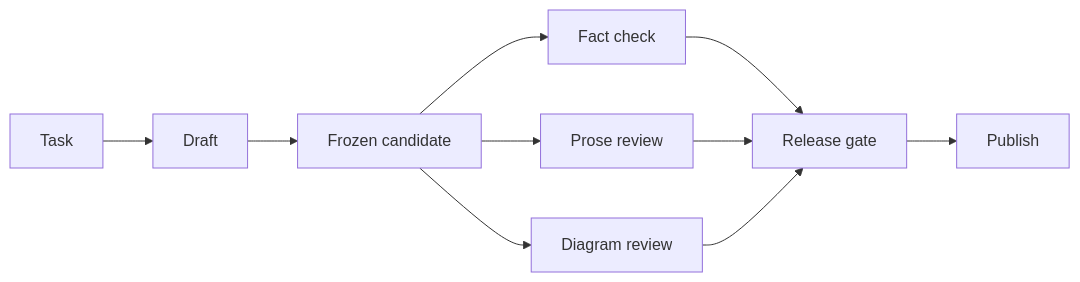
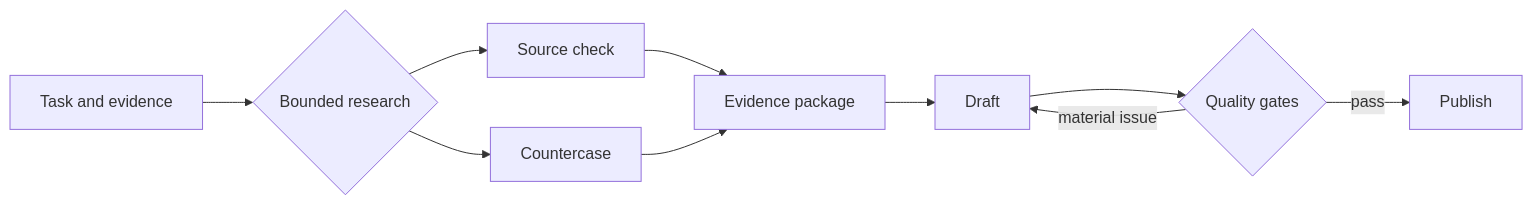
Before and after one commit to Herbertcuba/herbertcuba-personal-blog: the second of 2 diagrams in src/drafts/df3f4646.md, drawn with Mermaid. The commit also changed other lines of this file, not shown here.

Commit message:
draft(t_3af0b546): Use a Pipeline Until the Work Proves It Needs a Graph

````diff
--- a/src/drafts/df3f4646.md
+++ b/src/drafts/df3f4646.md
@@ -102,11 +73,12 @@
 ```mermaid
 flowchart LR
-    T[Task] --> D[Draft] --> S[Frozen candidate]
-    S --> F[Fact check]
-    S --> P[Prose review]
-    S --> V[Diagram review]
-    F --> G[Release gate]
-    P --> G
-    V --> G
-    G --> U[Publish]
+  A[Task and evidence] --> R{Bounded research}
+  R --> S1[Source check]
+  R --> S2[Countercase]
+  S1 --> J[Evidence package]
+  S2 --> J
+  J --> W[Draft]
+  W --> G{Quality gates}
+  G -->|pass| P[Publish]
+  G -->|material issue| W
 ```
````
